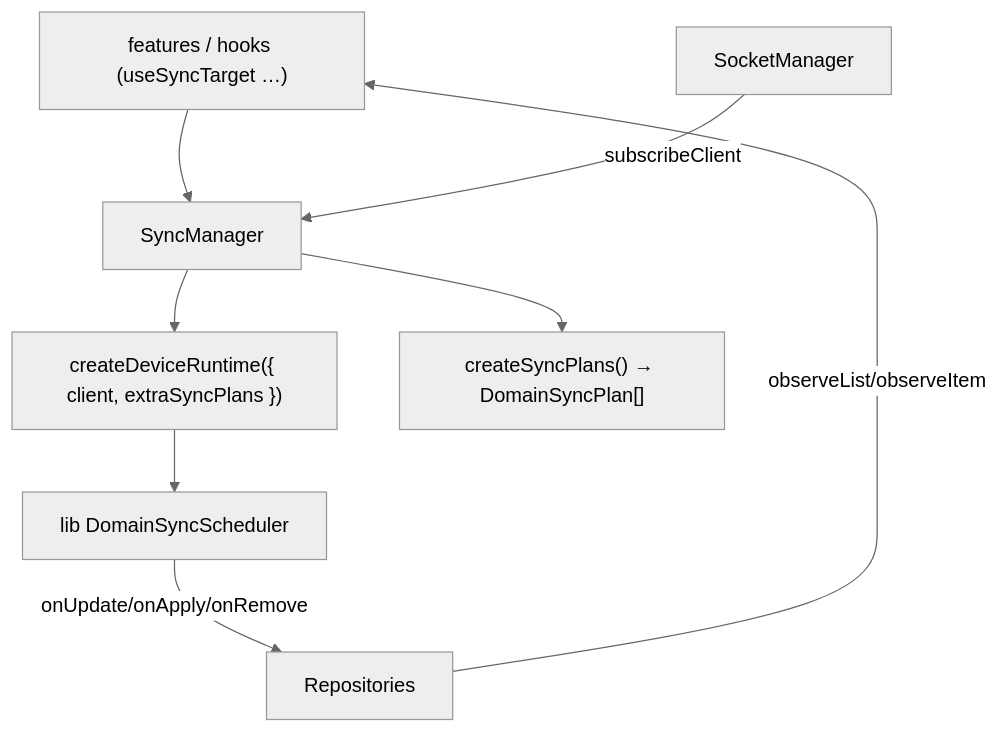
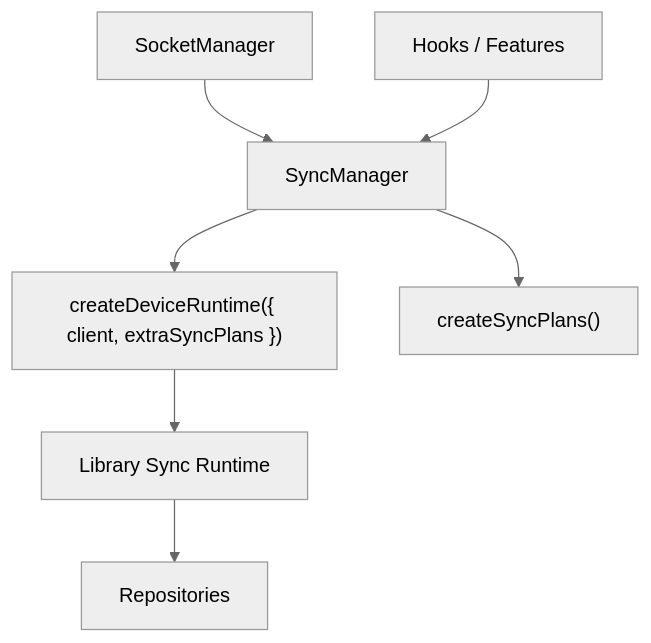
The diagram in libs/app-runtime/docs/sync/README.md (lemoncloud-io/dou-app), drawn with Mermaid (neutral theme) before and after one commit. The commit also changed other lines of this file and 16 other files, not shown here.

First line of the commit message:
feat(app-runtime): refactor socket and sync layers for v2

````diff
--- a/libs/app-runtime/docs/sync/README.md
+++ b/libs/app-runtime/docs/sync/README.md
@@ -25,10 +18,9 @@
 ```mermaid
 flowchart TD
-  UI["features / hooks (useSyncTarget …)"] --> SyncManager["SyncManager"]
-  SocketManager["SocketManager"] -->|subscribeClient| SyncManager
+  SocketManager["SocketManager"] --> SyncManager["SyncManager"]
   SyncManager --> Runtime["createDeviceRuntime({ client, extraSyncPlans })"]
-  SyncManager --> Plans["createSyncPlans() → DomainSyncPlan[]"]
-  Runtime --> Scheduler["lib DomainSyncScheduler"]
-  Scheduler -->|onUpdate/onApply/onRemove| Repos["Repositories"]
-  Repos -->|observeList/observeItem| UI
+  SyncManager --> Plans["createSyncPlans()"]
+  Runtime --> Scheduler["Library Sync Runtime"]
+  Scheduler --> Repos["Repositories"]
+  UI["Hooks / Features"] --> SyncManager
 ```
````
